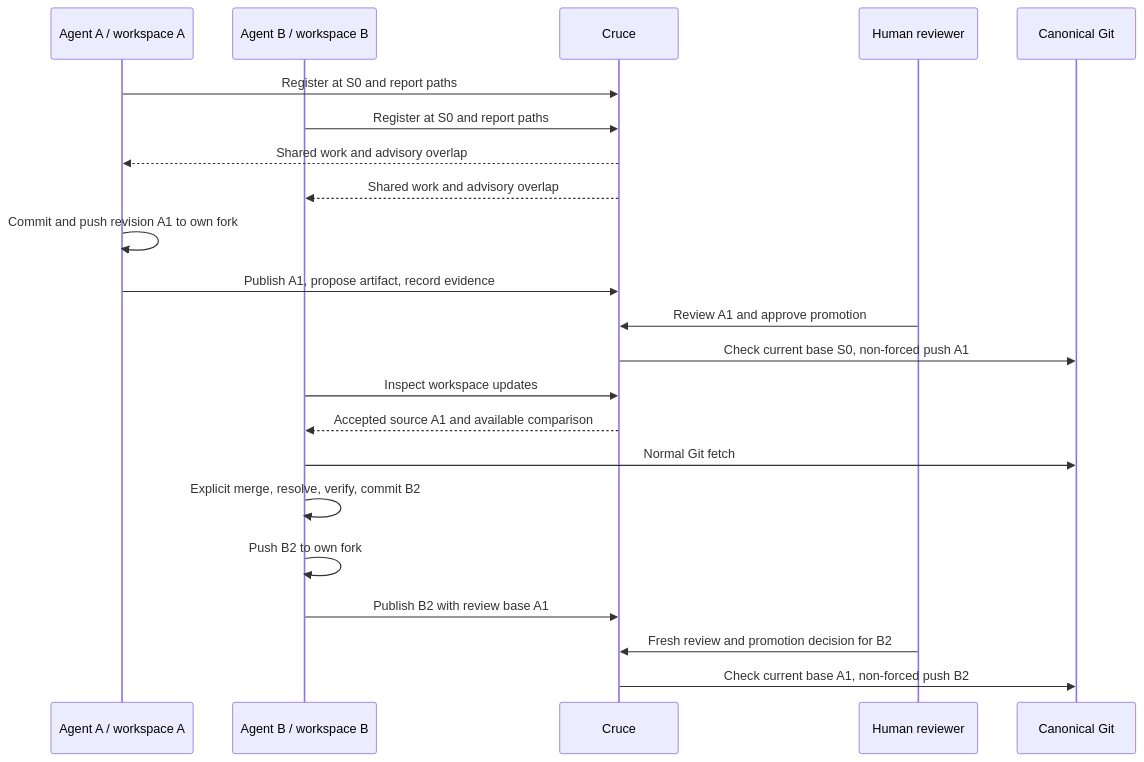
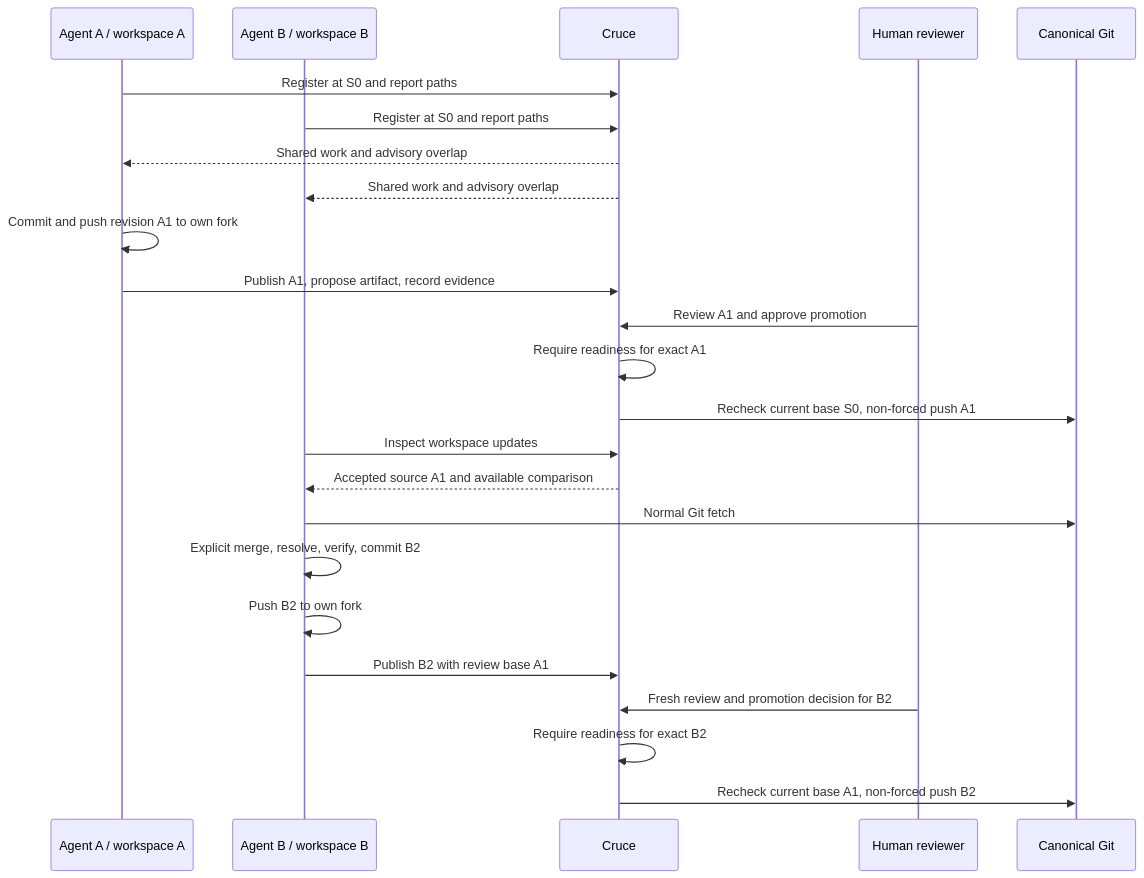
One commit to acltabontabon/cruce changed the third of 3 diagrams in docs/architecture.md. Above: the diagram before and after it, drawn with Mermaid. The commit also changed other lines of this file and 12 other files, not shown here.

````diff
--- a/docs/architecture.md
+++ b/docs/architecture.md
@@ -107,24 +121,26 @@
 ```mermaid
 sequenceDiagram
     participant A as Agent A / workspace A
     participant B as Agent B / workspace B
     participant C as Cruce
     participant H as Human reviewer
     participant G as Canonical Git
     A->>C: Register at S0 and report paths
     B->>C: Register at S0 and report paths
     C-->>A: Shared work and advisory overlap
     C-->>B: Shared work and advisory overlap
     A->>A: Commit and push revision A1 to own fork
     A->>C: Publish A1, propose artifact, record evidence
     H->>C: Review A1 and approve promotion
-    C->>G: Check current base S0, non-forced push A1
+    C->>C: Require readiness for exact A1
+    C->>G: Recheck current base S0, non-forced push A1
     B->>C: Inspect workspace updates
     C-->>B: Accepted source A1 and available comparison
     B->>G: Normal Git fetch
     B->>B: Explicit merge, resolve, verify, commit B2
     B->>B: Push B2 to own fork
     B->>C: Publish B2 with review base A1
     H->>C: Fresh review and promotion decision for B2
-    C->>G: Check current base A1, non-forced push B2
+    C->>C: Require readiness for exact B2
+    C->>G: Recheck current base A1, non-forced push B2
 ```
````
